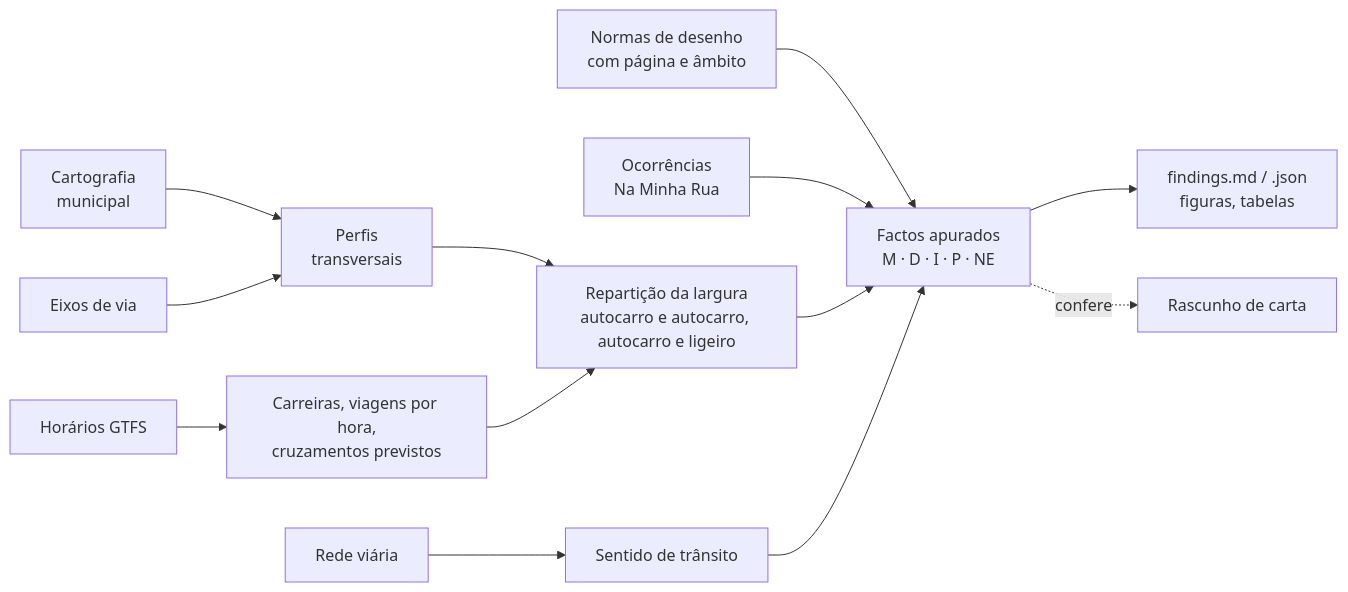
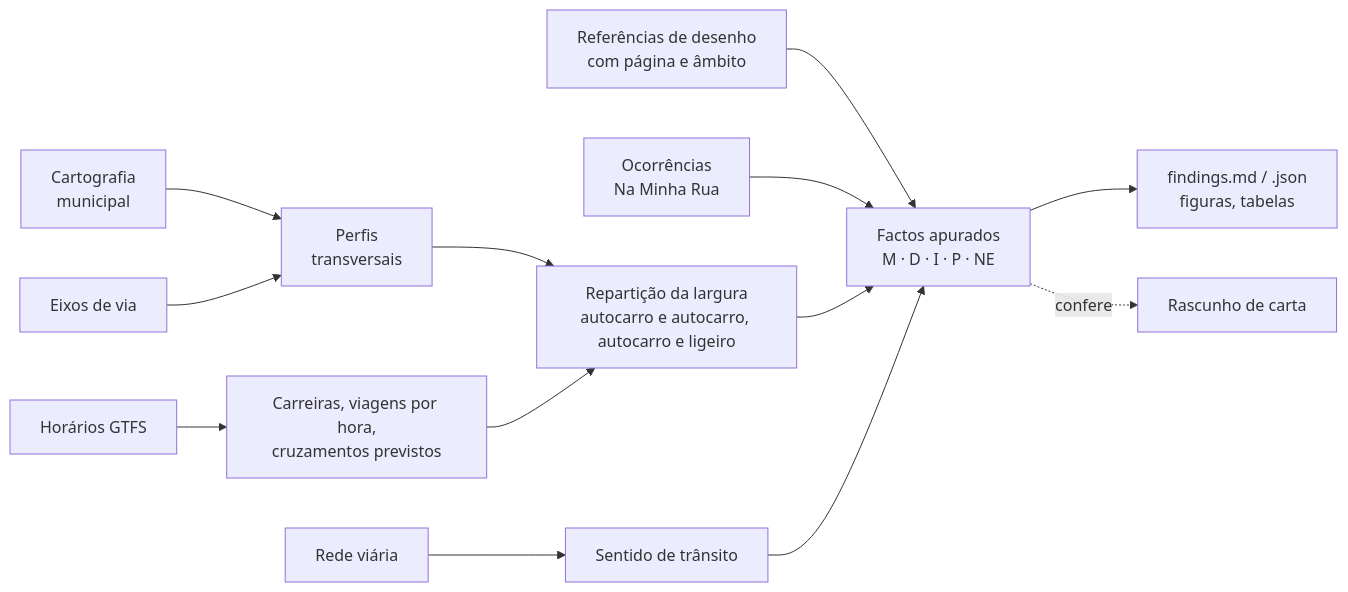
The diagram in README.md (diogo4256/mobilidados), drawn with Mermaid before and after one commit. The commit also changed other lines of this file and 3 other files, not shown here.

````diff
--- a/README.md
+++ b/README.md
@@ -36,15 +41,15 @@
 ```mermaid
 flowchart LR
   A[Cartografia<br>municipal] --> P[Perfis<br>transversais]
   B[Eixos de via] --> P
   C[Rede viária] --> D[Sentido de trânsito]
   G[Horários GTFS] --> T[Carreiras, viagens por hora,<br>cruzamentos previstos]
   P --> E[Repartição da largura<br>autocarro e autocarro, autocarro e ligeiro]
   T --> E
-  S[Normas de desenho<br>com página e âmbito] --> L
+  S[Referências de desenho<br>com página e âmbito] --> L
   O[Ocorrências<br>Na Minha Rua] --> L
   E --> L[Factos apurados<br>M · D · I · P · NE]
   D --> L
   L --> R[findings.md / .json<br>figuras, tabelas]
   L -. confere .-> X[Rascunho de carta]
 ```
````
